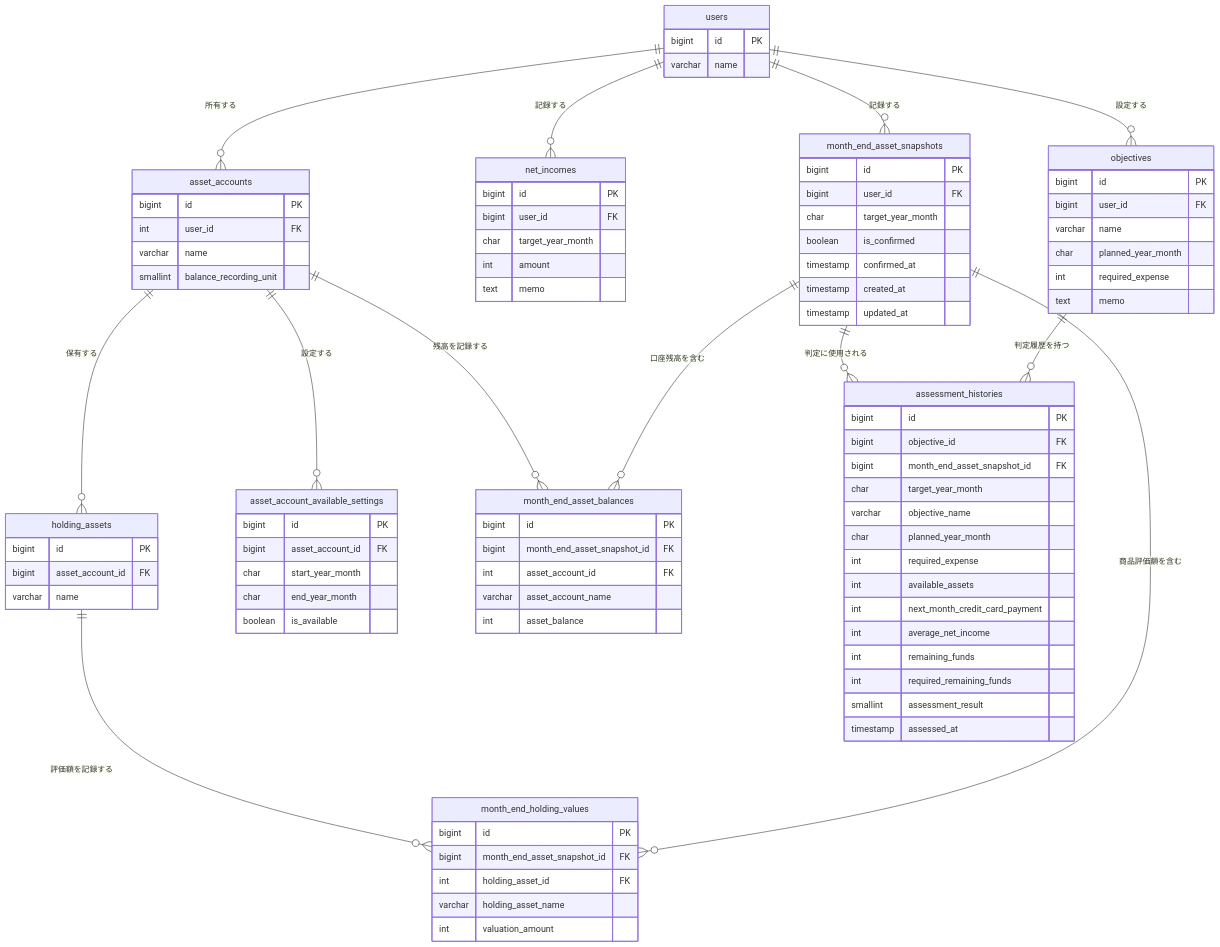
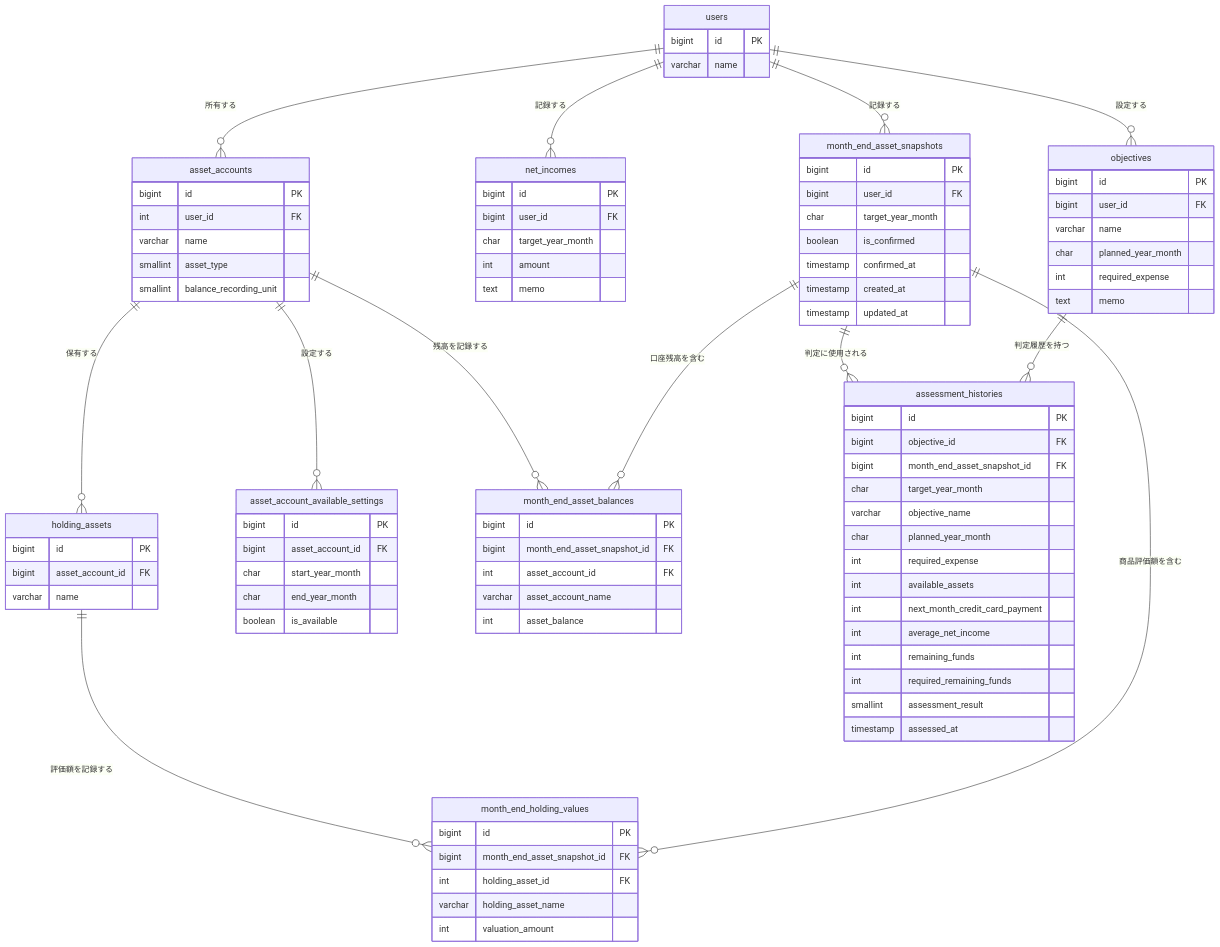
Before and after one commit to engineertoshio0612-create/life-planner: the diagram in docs/database/er-diagram-phase1.md, drawn with Mermaid. The commit also changed 1 other file, not shown here.

Commit message:
docs(api): 保有商品に資産種別の追加

```diff
--- a/docs/database/er-diagram-phase1.md
+++ b/docs/database/er-diagram-phase1.md
@@ -26,6 +26,7 @@
         bigint id PK
         int user_id FK
         varchar name
+        smallint asset_type
         smallint balance_recording_unit
     }
 
```
